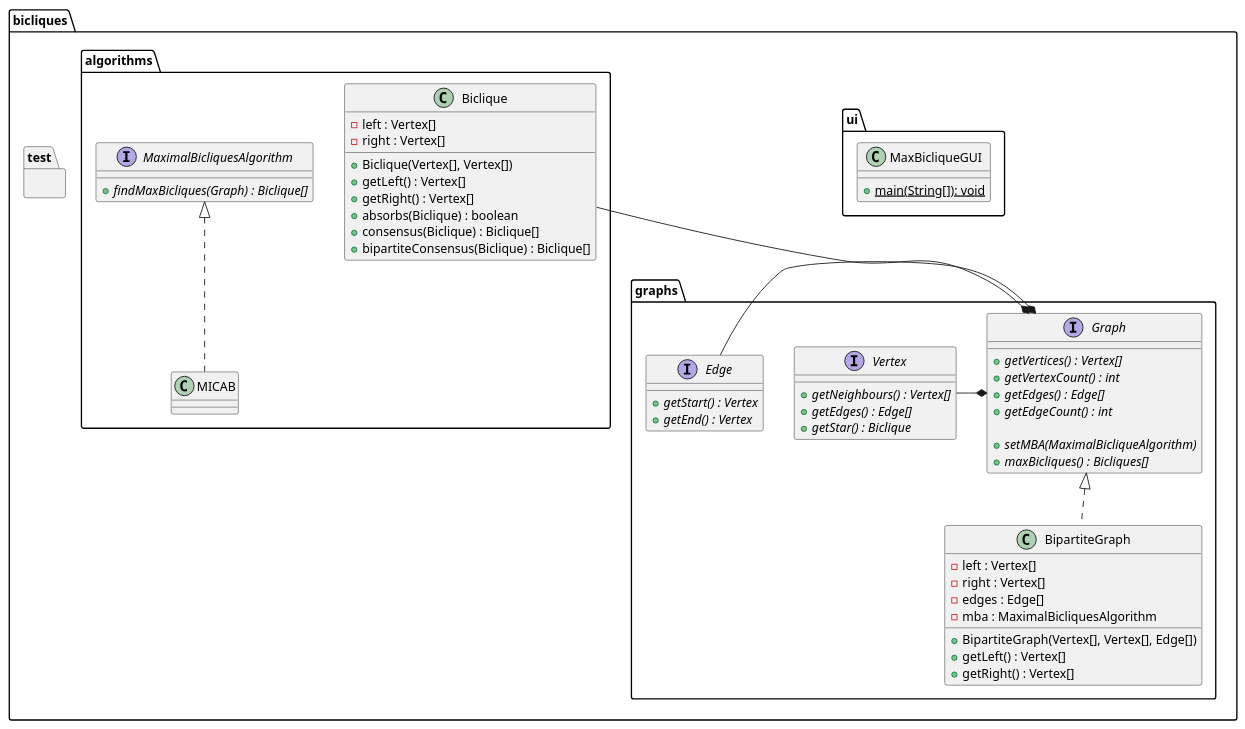
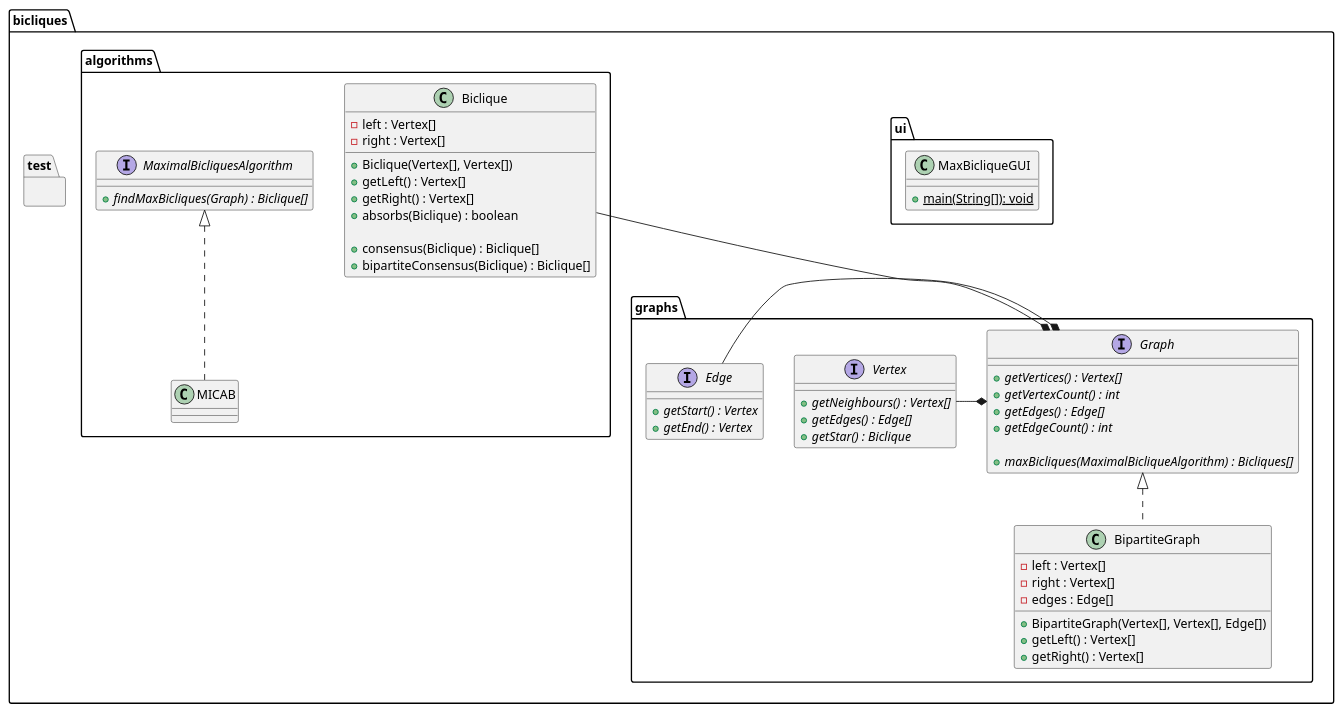
Before and after one commit to wirmius/max_bicliques: the diagram in class_diagram.puml, drawn with PlantUML.

Commit message:
answers and new questions

```diff
--- a/class_diagram.puml
+++ b/class_diagram.puml
@@ -19,128 +19,139 @@
 @startuml
 
 package bicliques {
 
 ' The graph section
 package bicliques.graphs {
 
   interface Graph {
     {method}{abstract} + getVertices() : Vertex[]
     {method}{abstract} + getVertexCount() : int
     {method}{abstract} + getEdges() : Edge[]
     {method}{abstract} + getEdgeCount() : int
 
 /'
 I don't think these two methods should be in the general graph interface.
 The maximum biclique algorithm class should be the one owning the graph
 class and not the other way around. - MI
+
+I do not agree (but maybe I do not understand the whole thing ;-).
+I would implement the strategy design pattern, but one can do that in one line...
+Improvement: Now in every call of maxBicliques one can choose
+the proper algorithm directly. -RK
 '/
-    {method}{abstract} + setMBA(MaximalBicliqueAlgorithm)
-    {method}{abstract} + maxBicliques() : Bicliques[]
+    {method}{abstract} + maxBicliques(MaximalBicliqueAlgorithm) : Bicliques[]
   }
 
   interface Vertex {
     {method}{abstract} + getNeighbours() : Vertex[]
     {method}{abstract} + getEdges() : Edge[]
     {method}{abstract} + getStar() : Biclique
   }
   
   interface Edge {
     {method}{abstract} + getStart() : Vertex
     {method}{abstract} + getEnd() : Vertex
   }
 
   Vertex -* Graph
   Edge -* Graph
   
   class BipartiteGraph {
     {field} - left : Vertex[]
     {field} - right : Vertex[]
     {field} - edges : Edge[]
-    {field} - mba : MaximalBicliquesAlgorithm
     {method} + BipartiteGraph(Vertex[], Vertex[], Edge[])
     {method} + getLeft() : Vertex[]
     {method} + getRight() : Vertex[]
   }
   
   Graph <|.. BipartiteGraph
   
 }
 
 
 ' The UI section
 package bicliques.ui {
 
 /'
 For the UI part I say we need to come up with something, that can read in
 the text files (I don't want to be copying and pasting stuff in the windows
 every time I use it). - MI.
 
 So do I. In my suggested screenshot of a possible UI the menu would provide
 - Input: load (from file) or from input in window
 - Output: save (to file)
 - Algorithm: choose between several implemented ones
 - Help: Description of algorithms and the common "About".
 -RK
 '/
 
   class MaxBicliqueGUI {
     {method}{static} + main(String[]): void
   }
 }
 
 ' The algorithms section
 package bicliques.algorithms {
 
   class Biclique {
     {field} - left : Vertex[]
     {field} - right : Vertex[]
 /'
 Why should we need access to a graph from a biclique? -RK
 
 Because the bicliques are defined by the graph, more or less.
 To me it makes sense in term of program logic.
 Put it back in if you agree. - MI
 
+I'm not convinced. Can you explain in detail? -RK
+
 '    {field} - graph : Graph
 '/
 	{method} + Biclique(Vertex[], Vertex[])
     {method} + getLeft() : Vertex[]
     {method} + getRight() : Vertex[]
 /'
 Why should we need access to a graph from a biclique? -RK
 '    {method} + getGraph() : Graph[] --o Graph
 '/
     {method} + absorbs(Biclique) : boolean
+    
+/'
+Changed method adjunction to consensus (I think you meant that didn't you?).
+For bipartite graphs only the half of the consensuses are needed,
+so there is an other one. -RK
+'/
     {method} + consensus(Biclique) : Biclique[]
     {method} + bipartiteConsensus(Biclique) : Biclique[]
   }
 
   Biclique --* Graph
 
   interface MaximalBicliquesAlgorithm {
     {method}{abstract} + findMaxBicliques(Graph) : Biclique[]
   }
 
   /'
   MICA algorithm improved for bipartite graphs. -RK
   '/
   class MICAB {
   }
   
   MaximalBicliquesAlgorithm <|.. MICAB
   
 }
 
 package bicliques.test {
 
 /'
 The testing that we will need. I say we use junit 4 or 5
 to make it more streamlined. -MI
 I agree. -RK
 '/
 
 }
 
 }
 
 @enduml
```
